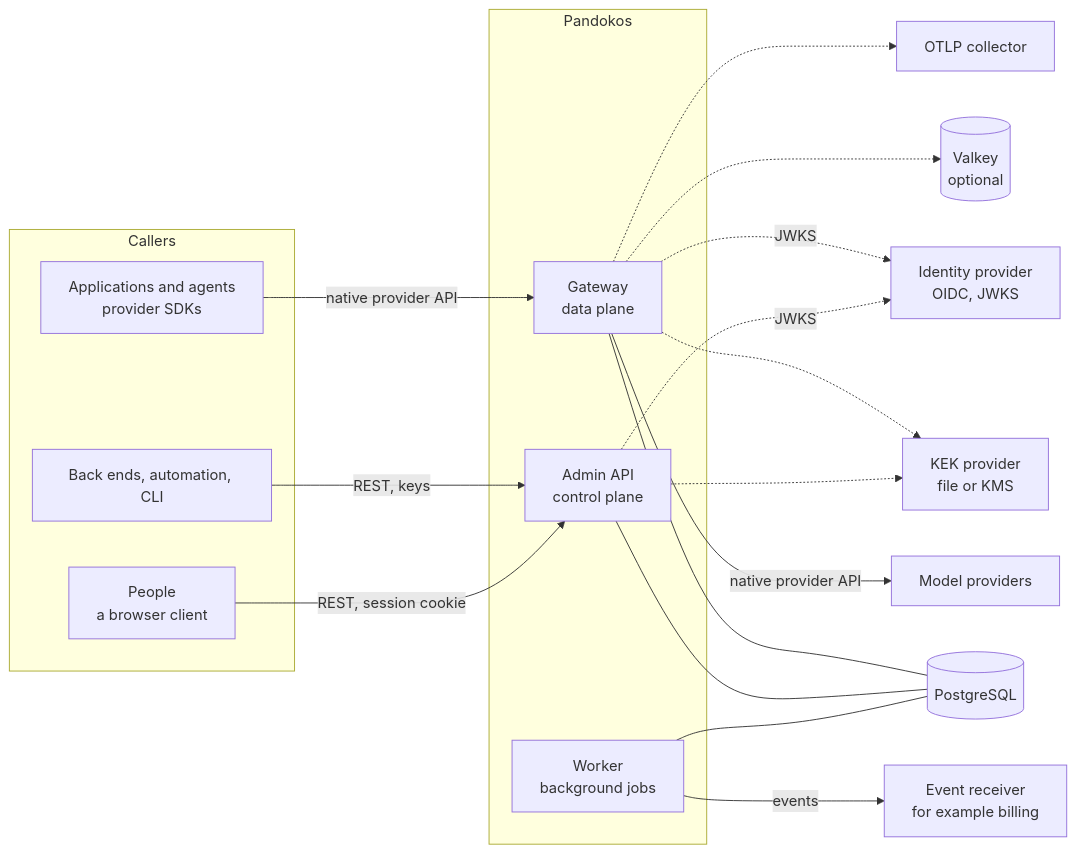
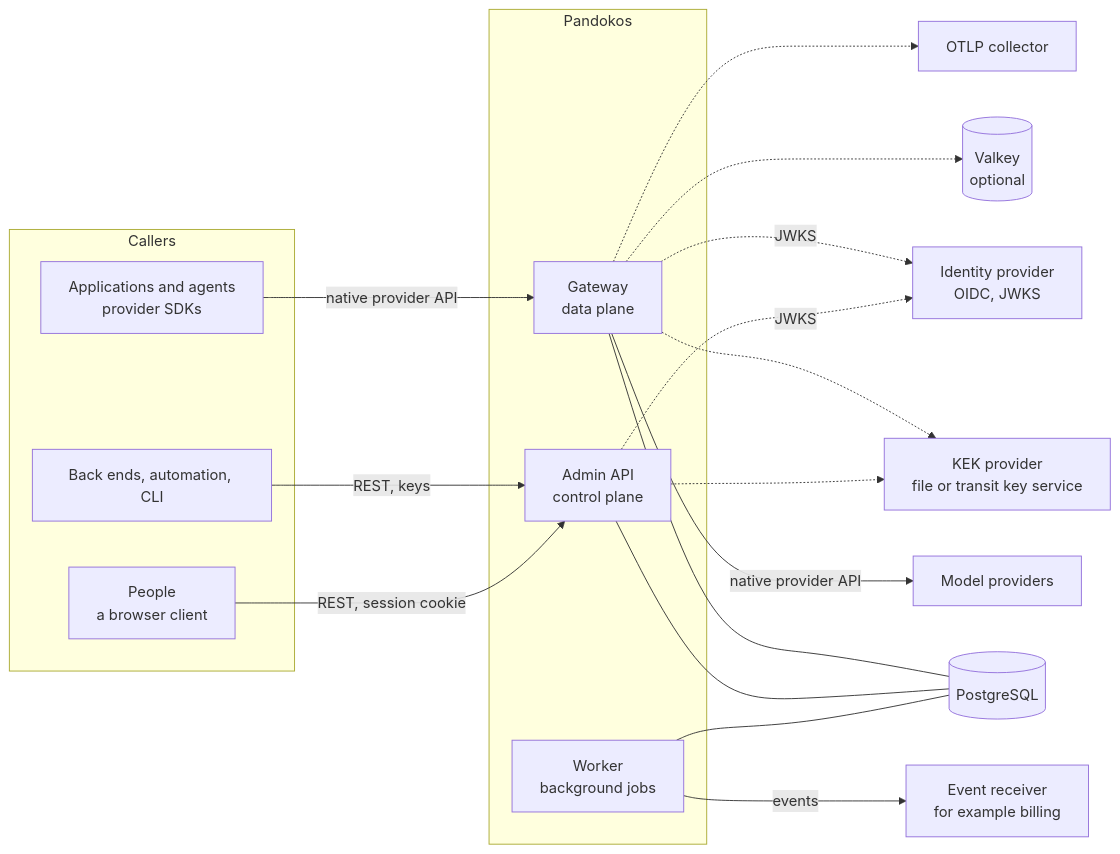
The first of 5 diagrams in docs/architecture/overview.md (pandokos/pandokos), drawn with Mermaid before and after one commit. The commit also changed other lines of this file and 27 other files, not shown here.

````diff
--- a/docs/architecture/overview.md
+++ b/docs/architecture/overview.md
@@ -32,35 +32,35 @@
 ```mermaid
 flowchart LR
     subgraph callers[Callers]
         app[Applications and agents<br/>provider SDKs]
         ops[Back ends, automation, CLI]
         ppl[People<br/>a browser client]
     end
     subgraph pandokos[Pandokos]
         gw[Gateway<br/>data plane]
         adm[Admin API<br/>control plane]
         wrk[Worker<br/>background jobs]
     end
     idp[Identity provider<br/>OIDC, JWKS]
     prov[Model providers]
     pg[(PostgreSQL)]
     vk[(Valkey<br/>optional)]
-    kms[KEK provider<br/>file or KMS]
+    kms[KEK provider<br/>file or transit key service]
     otel[OTLP collector]
     evt[Event receiver<br/>for example billing]
 
     app -->|native provider API| gw
     ops -->|REST, keys| adm
     ppl -->|REST, session cookie| adm
     gw -->|native provider API| prov
     gw --- pg
     adm --- pg
     wrk --- pg
     gw -.-> vk
     gw -.-> kms
     adm -.-> kms
     gw -.->|JWKS| idp
     adm -.->|JWKS| idp
     gw -.-> otel
     wrk -->|events| evt
 ```
````
